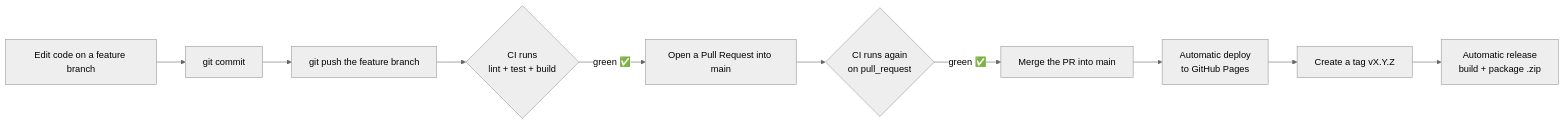
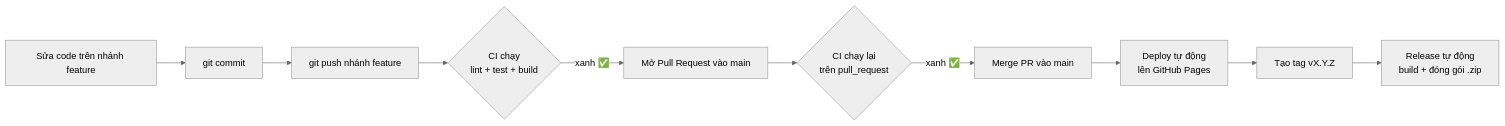
Before and after one commit to kai261199/Github-CI-CD-Example: the diagram in tutorial.md, drawn with Mermaid (neutral theme). The commit also changed other lines of this file and 2 other files, not shown here.

````diff
--- a/tutorial.md
+++ b/tutorial.md
@@ -13,12 +13,12 @@
 ```mermaid
 flowchart LR
-    A[Edit code on a feature branch] --> B[git commit]
-    B --> C[git push the feature branch]
-    C --> D{CI runs<br/>lint + test + build}
-    D -->|green ✅| E[Open a Pull Request into main]
-    E --> F{CI runs again<br/>on pull_request}
-    F -->|green ✅| G[Merge the PR into main]
-    G --> H[Automatic deploy<br/>to GitHub Pages]
-    H --> I[Create a tag vX.Y.Z]
-    I --> J[Automatic release<br/>build + package .zip]
+    A[Sửa code trên nhánh feature] --> B[git commit]
+    B --> C[git push nhánh feature]
+    C --> D{CI chạy<br/>lint + test + build}
+    D -->|xanh ✅| E[Mở Pull Request vào main]
+    E --> F{CI chạy lại<br/>trên pull_request}
+    F -->|xanh ✅| G[Merge PR vào main]
+    G --> H[Deploy tự động<br/>lên GitHub Pages]
+    H --> I[Tạo tag vX.Y.Z]
+    I --> J[Release tự động<br/>build + đóng gói .zip]
 ```
````
